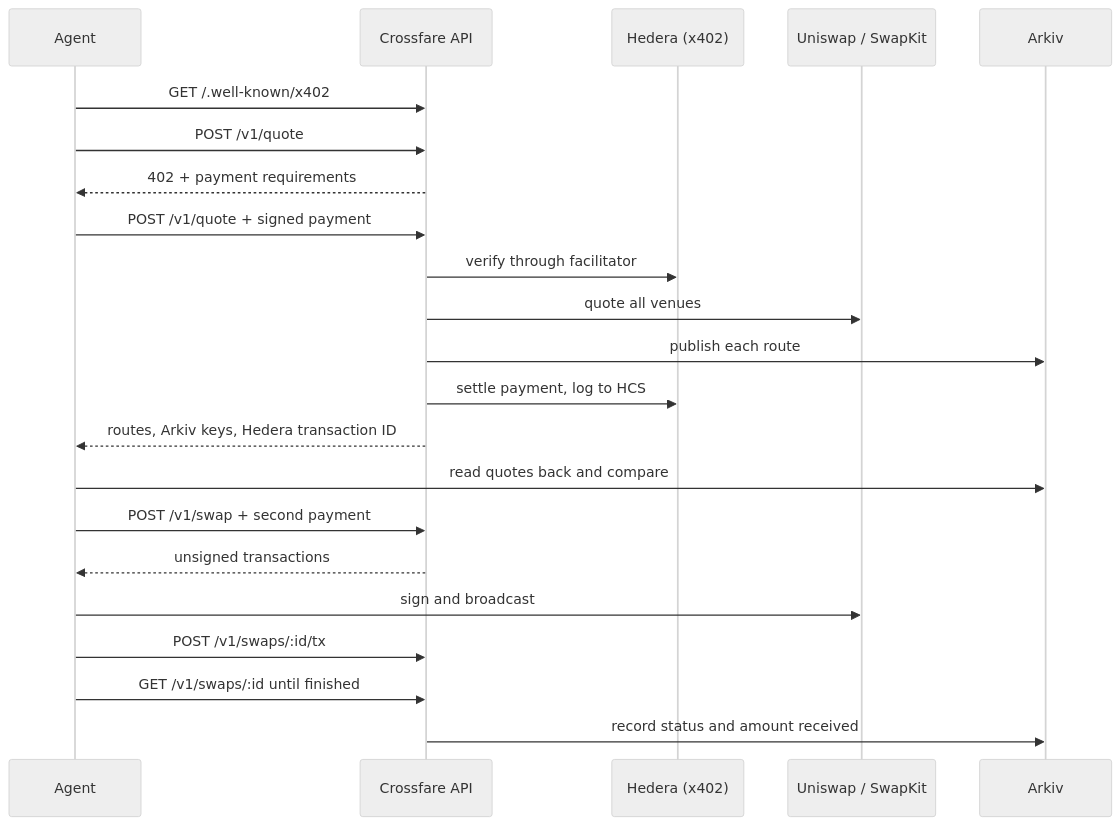
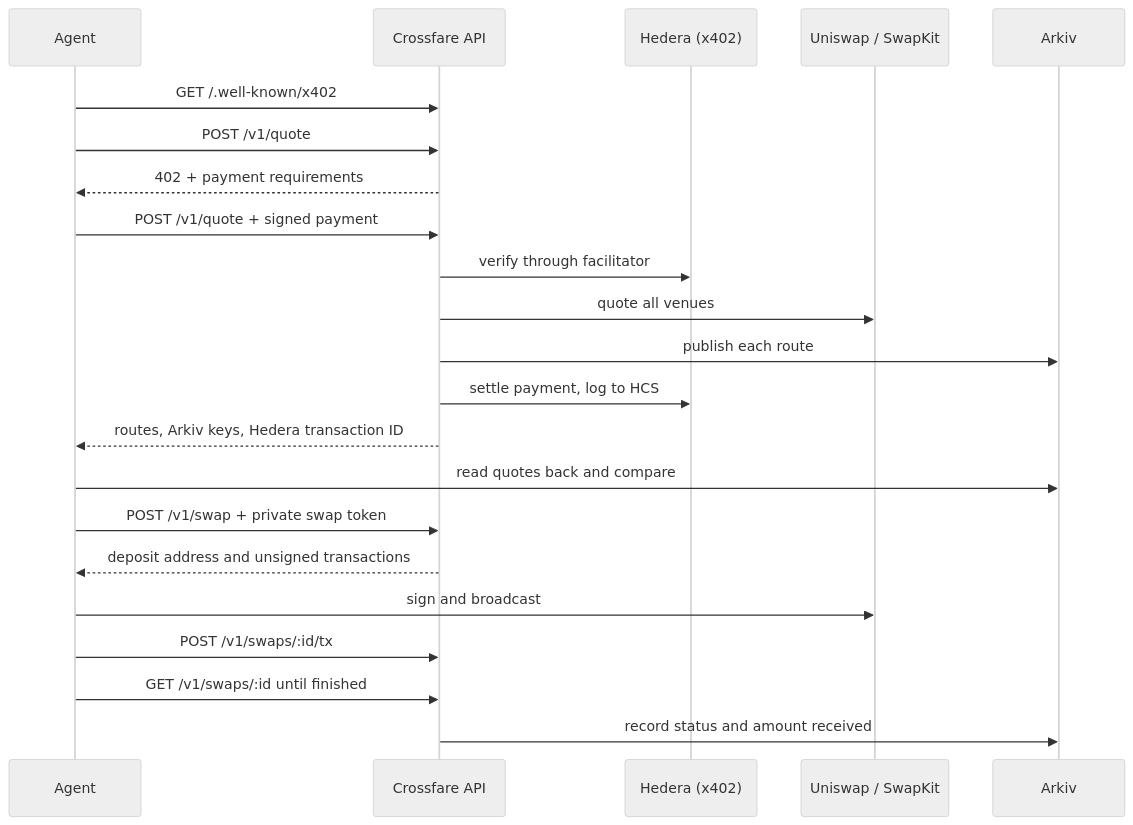
The diagram in README.md (Paulie-Aditya/CrossFare), drawn with Mermaid (neutral theme) before and after one commit. The commit also changed other lines of this file and 7 other files, not shown here.

First line of the commit message:
docs(arkiv): answer the reach questions and document the main flow

````diff
--- a/README.md
+++ b/README.md
@@ -11,24 +13,24 @@
 ```mermaid
 sequenceDiagram
     participant A as Agent
     participant C as Crossfare API
     participant H as Hedera (x402)
     participant V as Uniswap / SwapKit
     participant K as Arkiv
     A->>C: GET /.well-known/x402
     A->>C: POST /v1/quote
     C-->>A: 402 + payment requirements
     A->>C: POST /v1/quote + signed payment
     C->>H: verify through facilitator
     C->>V: quote all venues
     C->>K: publish each route
     C->>H: settle payment, log to HCS
     C-->>A: routes, Arkiv keys, Hedera transaction ID
     A->>K: read quotes back and compare
-    A->>C: POST /v1/swap + second payment
-    C-->>A: unsigned transactions
+    A->>C: POST /v1/swap + private swap token
+    C-->>A: deposit address and unsigned transactions
     A->>V: sign and broadcast
     A->>C: POST /v1/swaps/:id/tx
     A->>C: GET /v1/swaps/:id until finished
     C->>K: record status and amount received
 ```
````
